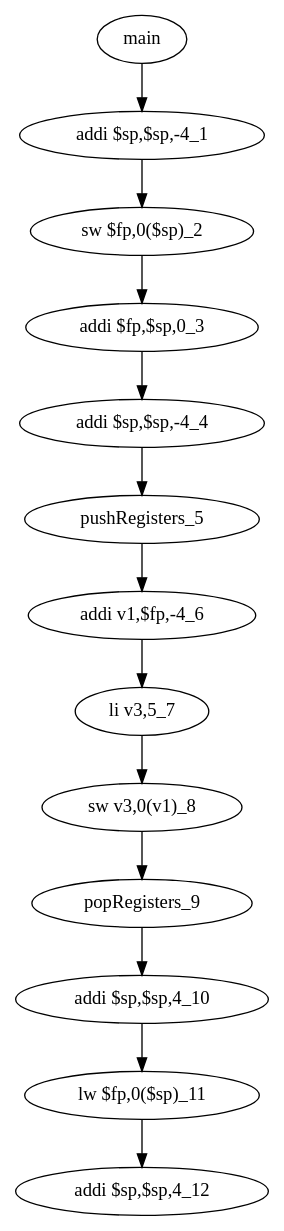
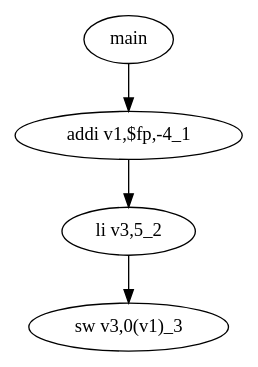
One commit to AidanGoldfarb/CtoMIPS changed the diagram in graph.dot. Above: the diagram before and after it, drawn with Graphviz. The commit also changed 10 other files, not shown here.

```diff
--- a/graph.dot
+++ b/graph.dot
@@ -1,3 +1,3 @@
 digraph {
-"main" -> "addi $sp,$sp,-4_1" -> "sw $fp,0($sp)_2" -> "addi $fp,$sp,0_3" -> "addi $sp,$sp,-4_4" -> "pushRegisters_5" -> "addi v1,$fp,-4_6" -> "li v3,5_7" -> "sw v3,0(v1)_8" -> "popRegisters_9" -> "addi $sp,$sp,4_10" -> "lw $fp,0($sp)_11" -> "addi $sp,$sp,4_12"
+"main" -> "addi v1,$fp,-4_1" -> "li v3,5_2" -> "sw v3,0(v1)_3"
 }
```
